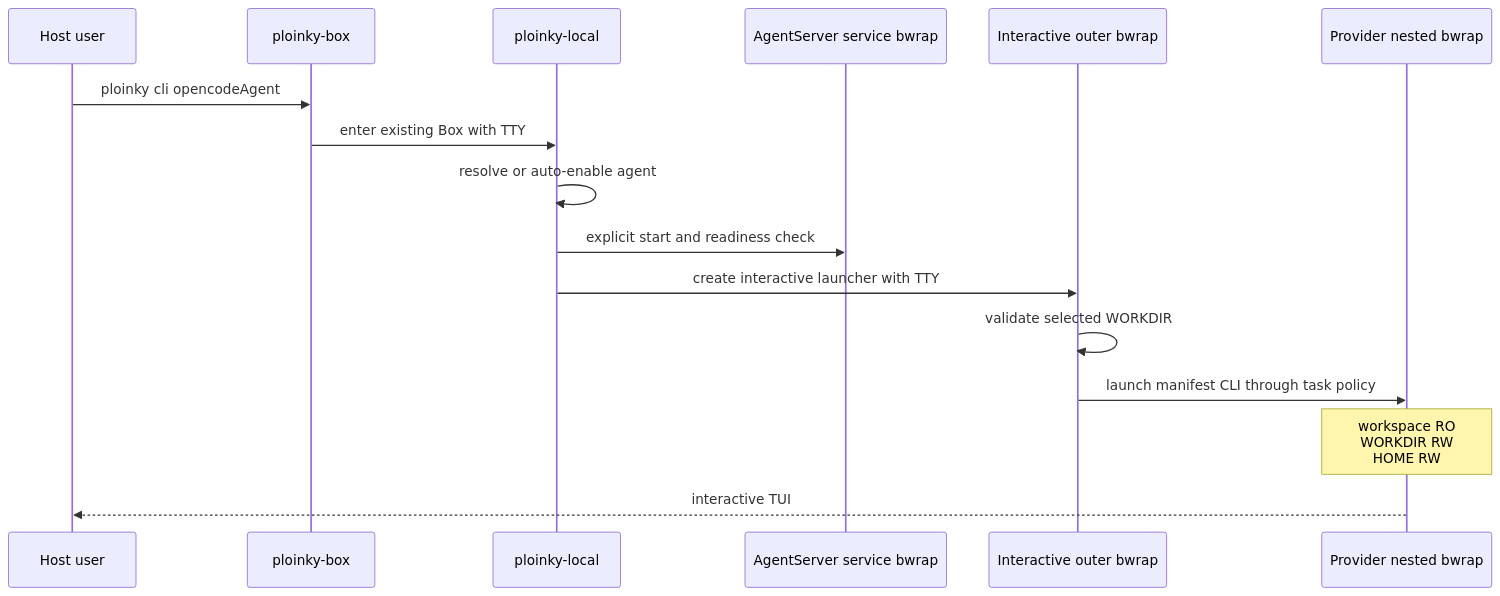
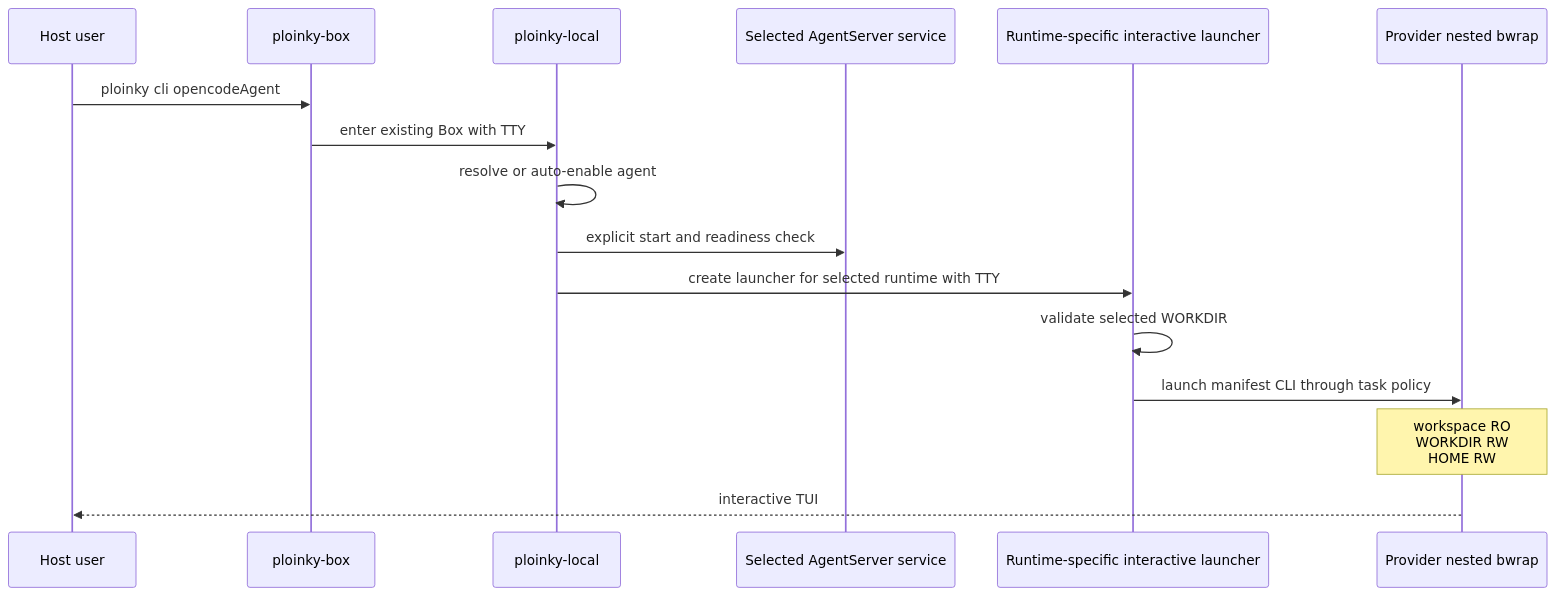
Before and after one commit to PloinkyRepos/file-parser: the seventh of 7 diagrams in BWRAP_CODING_AGENTS_ARCHITECTURE.md, drawn with Mermaid. The commit also changed other lines of this file and 1 other file, not shown here.

Commit message:
Revise dual-runtime migration plan

````diff
--- a/BWRAP_CODING_AGENTS_ARCHITECTURE.md
+++ b/BWRAP_CODING_AGENTS_ARCHITECTURE.md
@@ -606,19 +620,19 @@
 ```mermaid
 sequenceDiagram
     participant H as Host user
     participant B as ploinky-box
     participant L as ploinky-local
-    participant S as AgentServer service bwrap
-    participant I as Interactive outer bwrap
+    participant S as Selected AgentServer service
+    participant I as Runtime-specific interactive launcher
     participant P as Provider nested bwrap
 
     H->>B: ploinky cli opencodeAgent
     B->>L: enter existing Box with TTY
     L->>L: resolve or auto-enable agent
     L->>S: explicit start and readiness check
-    L->>I: create interactive launcher with TTY
+    L->>I: create launcher for selected runtime with TTY
     I->>I: validate selected WORKDIR
     I->>P: launch manifest CLI through task policy
     Note over P: workspace RO<br/>WORKDIR RW<br/>HOME RW
     P-->>H: interactive TUI
 ```
````
